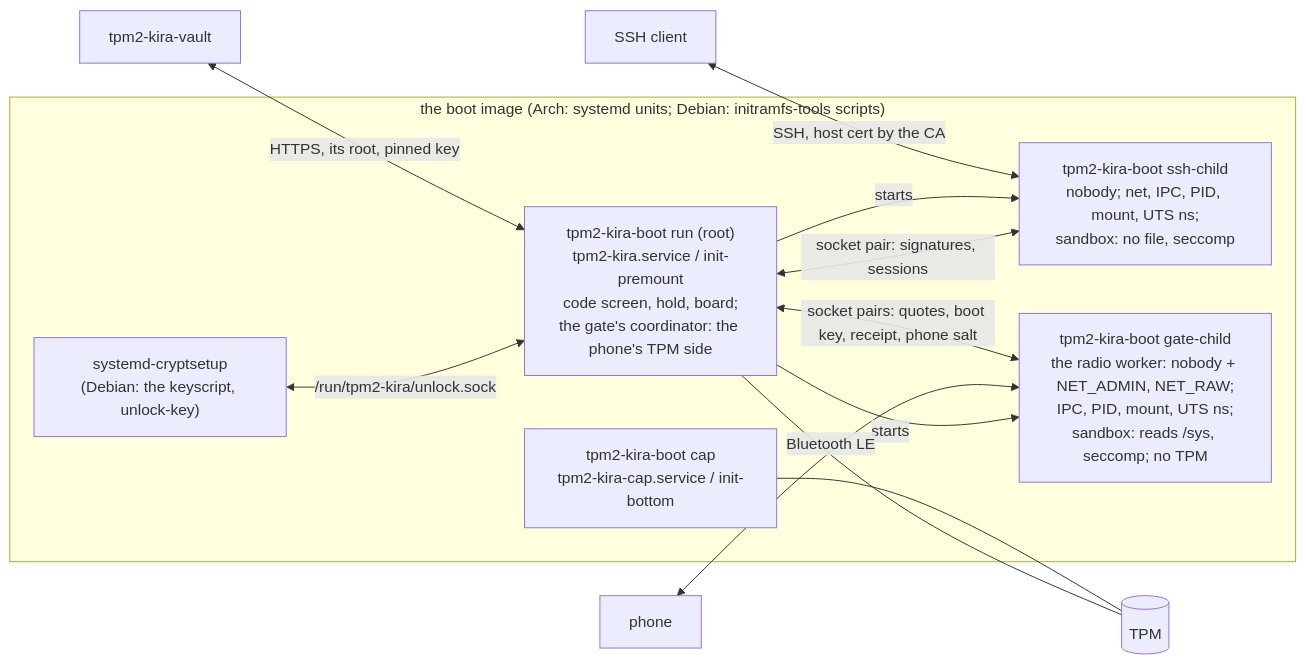
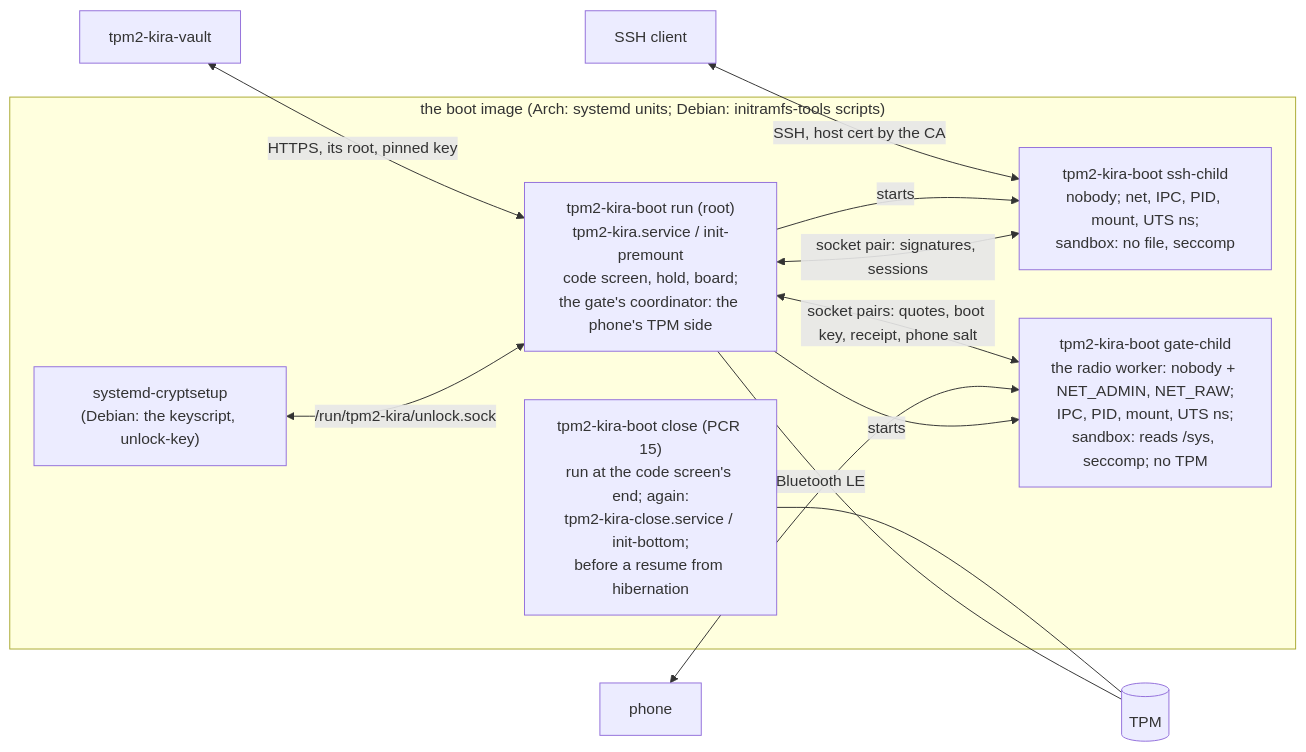
The fourth of 4 diagrams in docs/ARCHITECTURE.md (mrwiora/tpm2-kira), drawn with Mermaid before and after one commit. The commit also changed other lines of this file and 20 other files, not shown here.

````diff
--- a/docs/ARCHITECTURE.md
+++ b/docs/ARCHITECTURE.md
@@ -126,20 +126,20 @@
 ```mermaid
 flowchart LR
   subgraph INITRD["the boot image (Arch: systemd units; Debian: initramfs-tools scripts)"]
     RUN["tpm2-kira-boot run (root)<br/>tpm2-kira.service / init-premount<br/>code screen, hold, board;<br/>the gate's coordinator: the phone's TPM side"]
     CHILD["tpm2-kira-boot ssh-child<br/>nobody; net, IPC, PID, mount, UTS ns;<br/>sandbox: no file, seccomp"]
     GATE["tpm2-kira-boot gate-child<br/>the radio worker: nobody + NET_ADMIN, NET_RAW;<br/>IPC, PID, mount, UTS ns;<br/>sandbox: reads /sys, seccomp; no TPM"]
     CRYPT["systemd-cryptsetup<br/>(Debian: the keyscript, unlock-key)"]
-    CAP["tpm2-kira-boot cap<br/>tpm2-kira-cap.service / init-bottom"]
+    CLOSE["tpm2-kira-boot close (PCR 15)<br/>run at the code screen's end; again:<br/>tpm2-kira-close.service / init-bottom;<br/>before a resume from hibernation"]
   end
   TPM[("TPM")]
   RUN <-->|socket pair: signatures, sessions| CHILD
   RUN -->|starts| CHILD & GATE
   GATE <-->|socket pairs: quotes, boot key, receipt, phone salt| RUN
   CRYPT <-->|/run/tpm2-kira/unlock.sock| RUN
   RUN --- TPM
-  CAP --- TPM
+  CLOSE --- TPM
   SSHC["SSH client"] <-->|SSH, host cert by the CA| CHILD
   PHONEB["phone"] <-->|Bluetooth LE| GATE
   VAULTS["tpm2-kira-vault"] <-->|HTTPS, its root, pinned key| RUN
 ```
````
